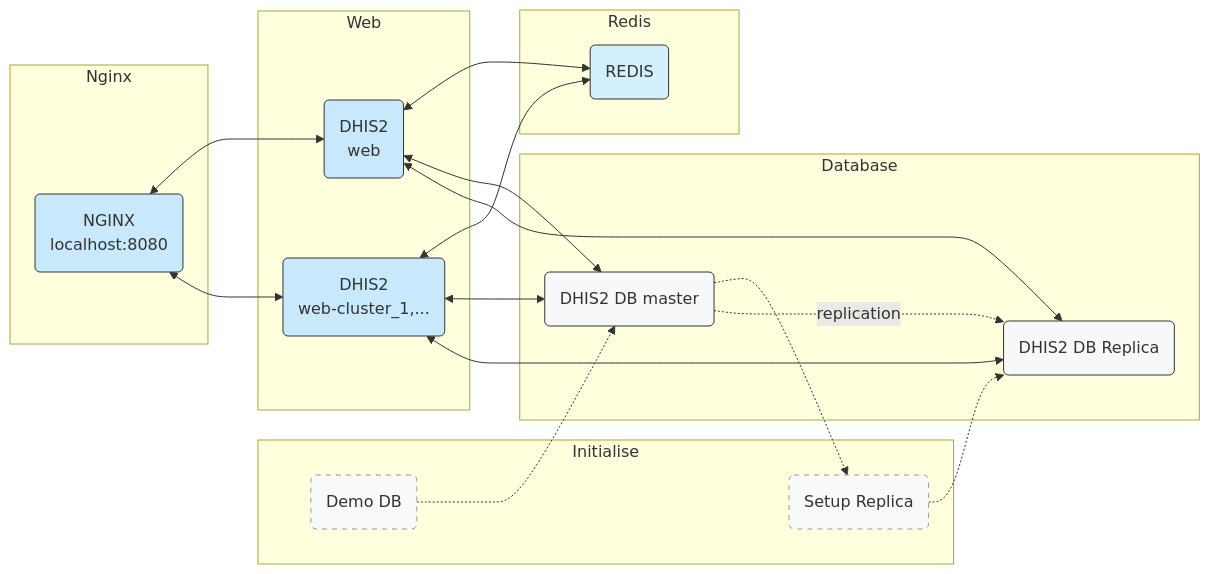
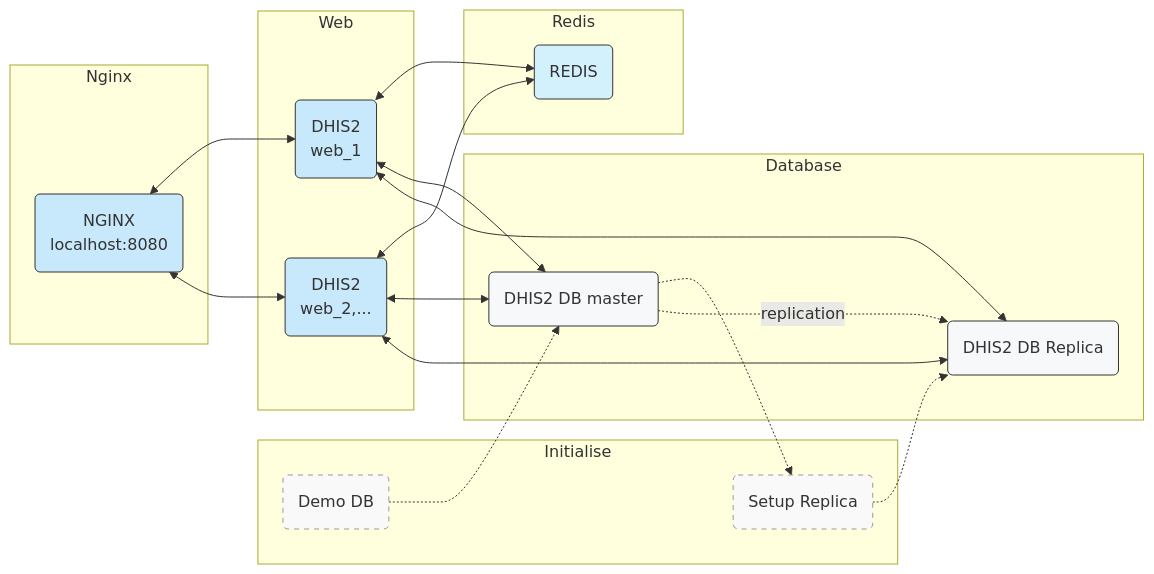
The diagram in cluster-read-replica/README.md (dhis2/d2-cluster-docker-compose), drawn with Mermaid before and after one commit.

````diff
--- a/cluster-read-replica/README.md
+++ b/cluster-read-replica/README.md
@@ -5,59 +5,59 @@
 ```mermaid
 
 graph LR
 
 subgraph Initialise
   style get_demo_db fill:#f9f9f9,stroke:#999,stroke-width:1px,stroke-dasharray:5,5
   style setup_rr fill:#f9f9f9,stroke:#999,stroke-width:1px,stroke-dasharray:5,5
   get_demo_db(Demo DB)
   setup_rr(Setup Replica)
 end
 
 subgraph Redis
   redis(REDIS)
 end
 
 subgraph Web
   style web1 fill:#c8e8fb,stroke:#333,stroke-width:1px
   style web2 fill:#c8e8fb,stroke:#333,stroke-width:1px
-  web1(DHIS2\nweb)
-  web2(DHIS2\nweb-cluster_1,...)
+  web1(DHIS2\nweb_1)
+  web2(DHIS2\nweb_2,...)
 end
 
 subgraph Database
   style db fill:#f6f8f9,stroke:#333,stroke-width:1px
   style db-rr fill:#f6f8f9,stroke:#333,stroke-width:1px
   db(DHIS2 DB master)
   db-rr(DHIS2 DB Replica)
 end
 
 subgraph Nginx
   style nginx fill:#c8e8fb,stroke:#333,stroke-width:1px
   nginx(NGINX\nlocalhost:8080)
 end
 
 
 web1 <--> redis
 web2 <--> redis
 web1<-->db
 web2<-->db
 web1<-->db-rr
 web2<-->db-rr
 get_demo_db -.-> db
 setup_rr -.-> db-rr
 db -.-> setup_rr
 nginx <--> web1
 nginx <--> web2
 db -. replication .-> db-rr
 
 style redis fill:#d3f0fd,stroke:#333,stroke-width:1px
 style web1 fill:#c8e8fb,stroke:#333,stroke-width:1px
 style web2 fill:#c8e8fb,stroke:#333,stroke-width:1px
 style db fill:#f6f8f9,stroke:#333,stroke-width:1px
 style db-rr fill:#f6f8f9,stroke:#333,stroke-width:1px
 style get_demo_db fill:#f9f9f9,stroke:#999,stroke-width:1px,stroke-dasharray:5,5
 style setup_rr fill:#f9f9f9,stroke:#999,stroke-width:1px,stroke-dasharray:5,5
 style nginx fill:#c8e8fb,stroke:#333,stroke-width:1px
 
 
 ```
````
